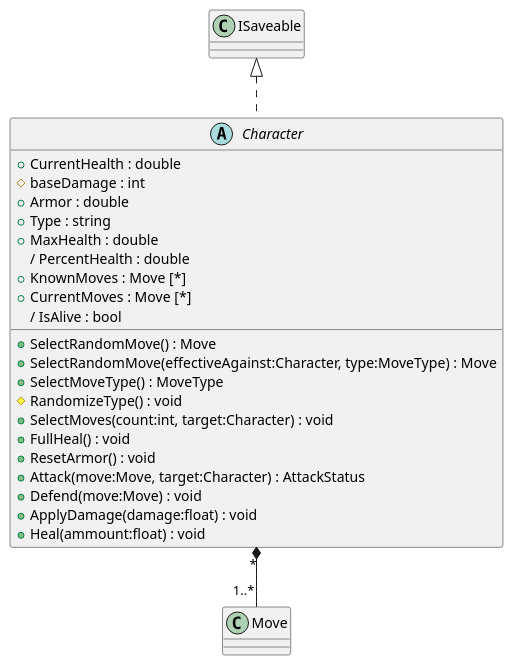
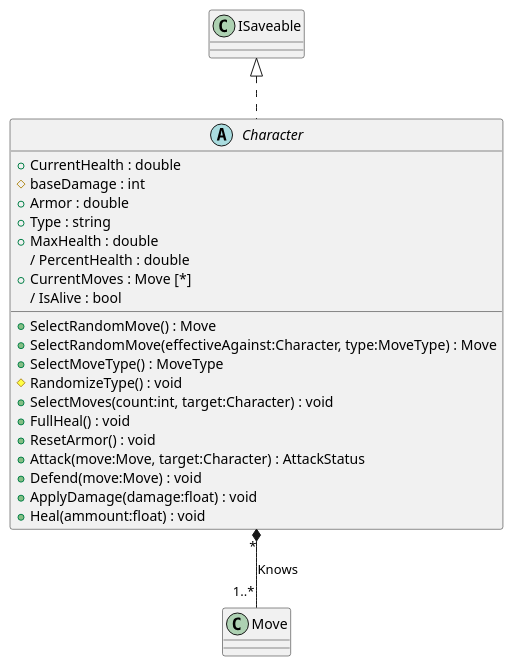
The diagram in PlantUML/scenes/Character.puml (Leximon-SWE-2025/Leximon), drawn with PlantUML before and after one commit. The commit also changed 3 other files, not shown here.

```diff
--- a/PlantUML/scenes/Character.puml
+++ b/PlantUML/scenes/Character.puml
@@ -1,30 +1,30 @@
 @startuml Character
 
 abstract class Character {
     + CurrentHealth : double 
     # baseDamage : int
     + Armor : double
     + Type : string
     + MaxHealth : double
     / PercentHealth : double
-    + KnownMoves : Move [*]
+    ' + KnownMoves : Move [*]
     + CurrentMoves : Move [*]
     / IsAlive : bool
     + SelectRandomMove() : Move
     + SelectRandomMove(effectiveAgainst:Character, type:MoveType) : Move
     + SelectMoveType() : MoveType
     # RandomizeType() : void
     + SelectMoves(count:int, target:Character) : void
     + FullHeal() : void
     + ResetArmor() : void
     + Attack(move:Move, target:Character) : AttackStatus
     + Defend(move:Move) : void
     + ApplyDamage(damage:float) : void
     + Heal(ammount:float) : void
 }
 ' Area2D <|-- Character
 ISaveable <|.. Character
 
-Character "*" *-- "1..*" Move
+Character "*" *-- "1..*" Move : Knows
 
 @enduml
```
